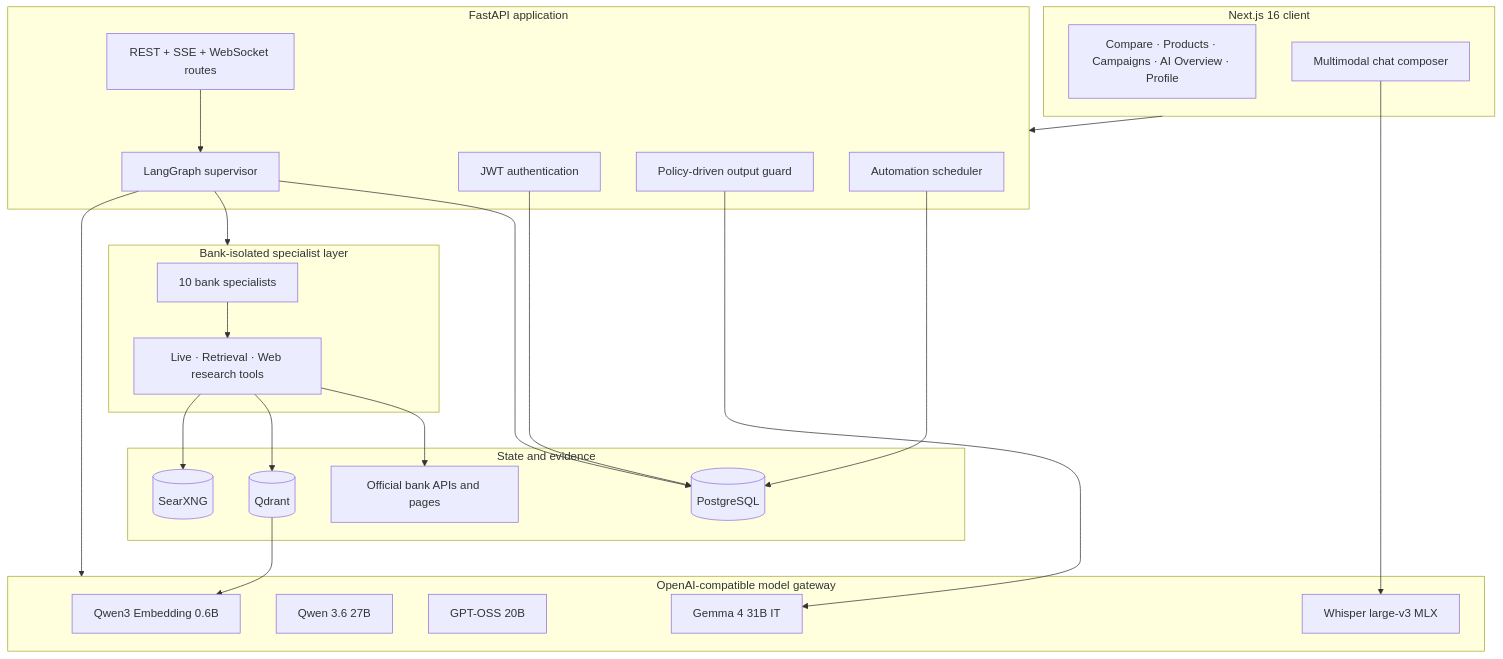
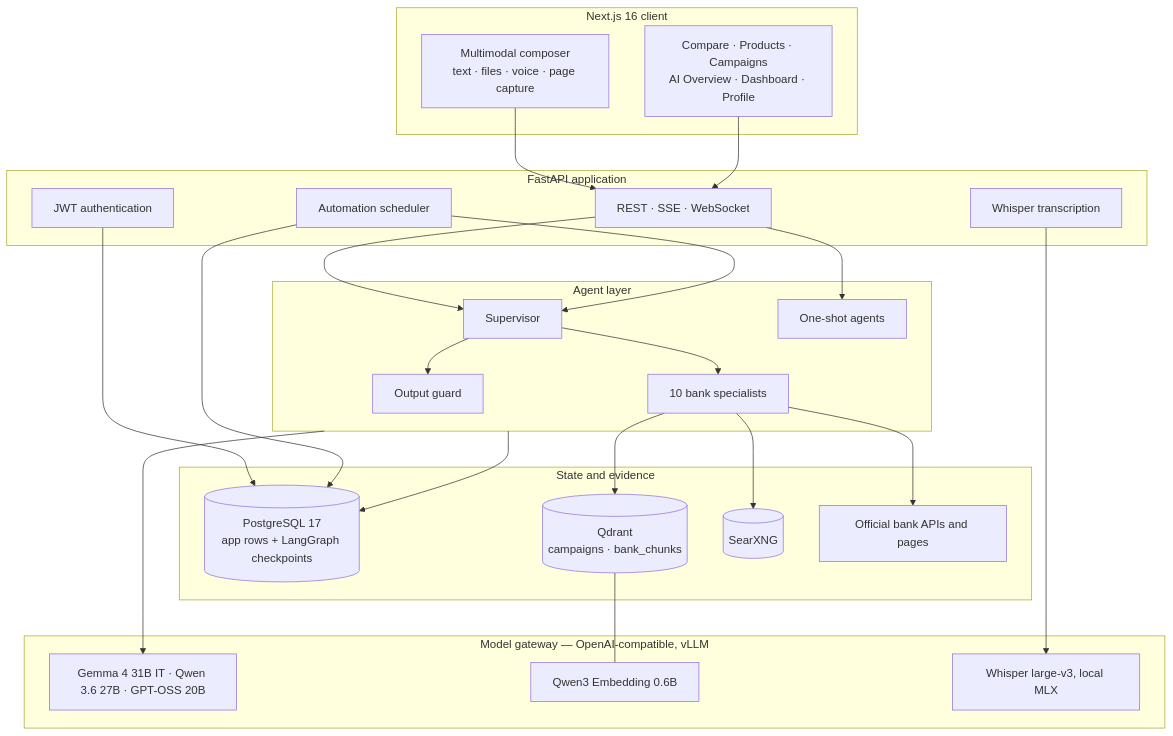
One commit to Abdurrahman-Wahdan/TEKNOFEST2026-Yapay-Zeka-Dil-Ajanlari-Yarismasi-KERMITS changed the fourth of 6 diagrams in README.md. Above: the diagram before and after it, drawn with Mermaid. The commit also changed other lines of this file and 1 other file, not shown here.

````diff
--- a/README.md
+++ b/README.md
@@ -169,45 +249,47 @@
 ```mermaid
 flowchart TB
     subgraph Client[Next.js 16 client]
-        Pages[Compare · Products · Campaigns · AI Overview · Profile]
-        Chat[Multimodal chat composer]
+        Pages["Compare · Products · Campaigns<br/>AI Overview · Dashboard · Profile"]
+        Chat["Multimodal composer<br/>text · files · voice · page capture"]
     end
     subgraph Service[FastAPI application]
         Auth[JWT authentication]
-        Routes[REST + SSE + WebSocket routes]
-        Agents[LangGraph supervisor]
-        Guard[Policy-driven output guard]
-        Jobs[Automation scheduler]
+        Routes[REST · SSE · WebSocket]
+        Loop[Automation scheduler]
+        Voice[Whisper transcription]
     end
-    subgraph Specialists[Bank-isolated specialist layer]
-        K[10 bank specialists]
-        Tools[Live · Retrieval · Web research tools]
+    subgraph AgentLayer[Agent layer]
+        SUP[Supervisor]
+        SPEC[10 bank specialists]
+        GUARD[Output guard]
+        ONE[One-shot agents]
     end
-    subgraph Data[State and evidence]
-        PG[(PostgreSQL)]
-        QD[(Qdrant)]
-        SX[(SearXNG)]
-        Banks[Official bank APIs and pages]
+    subgraph Stores[State and evidence]
+        PG[("PostgreSQL 17<br/>app rows + LangGraph checkpoints")]
+        QD[("Qdrant<br/>campaigns · bank_chunks")]
+        SX[("SearXNG")]
+        BANKAPI["Official bank APIs and pages"]
     end
-    subgraph Models[OpenAI-compatible model gateway]
-        Gemma[Gemma 4 31B IT]
-        Qwen[Qwen 3.6 27B]
-        GPT[GPT-OSS 20B]
-        Embed[Qwen3 Embedding 0.6B]
-        Whisper[Whisper large-v3 MLX]
+    subgraph Models["Model gateway — OpenAI-compatible, vLLM"]
+        CHAT["Gemma 4 31B IT · Qwen 3.6 27B · GPT-OSS 20B"]
+        EMB["Qwen3 Embedding 0.6B"]
+        WSP["Whisper large-v3, local MLX"]
     end
-    Client --> Service
-    Routes --> Agents
-    Agents --> Specialists
-    K --> Tools
-    Tools --> Banks
-    Tools --> QD
-    Tools --> SX
+
+    Chat --> Routes
+    Pages --> Routes
+    Routes --> SUP
+    Routes --> ONE
     Auth --> PG
-    Jobs --> PG
-    Agents --> PG
-    Agents --> Models
-    Guard --> Gemma
-    QD --> Embed
-    Chat --> Whisper
+    Loop --> PG
+    Loop --> SUP
+    Voice --> WSP
+    SUP --> SPEC
+    SUP --> GUARD
+    SPEC --> BANKAPI
+    SPEC --> QD
+    SPEC --> SX
+    AgentLayer --> PG
+    AgentLayer --> CHAT
+    QD --- EMB
 ```
````
